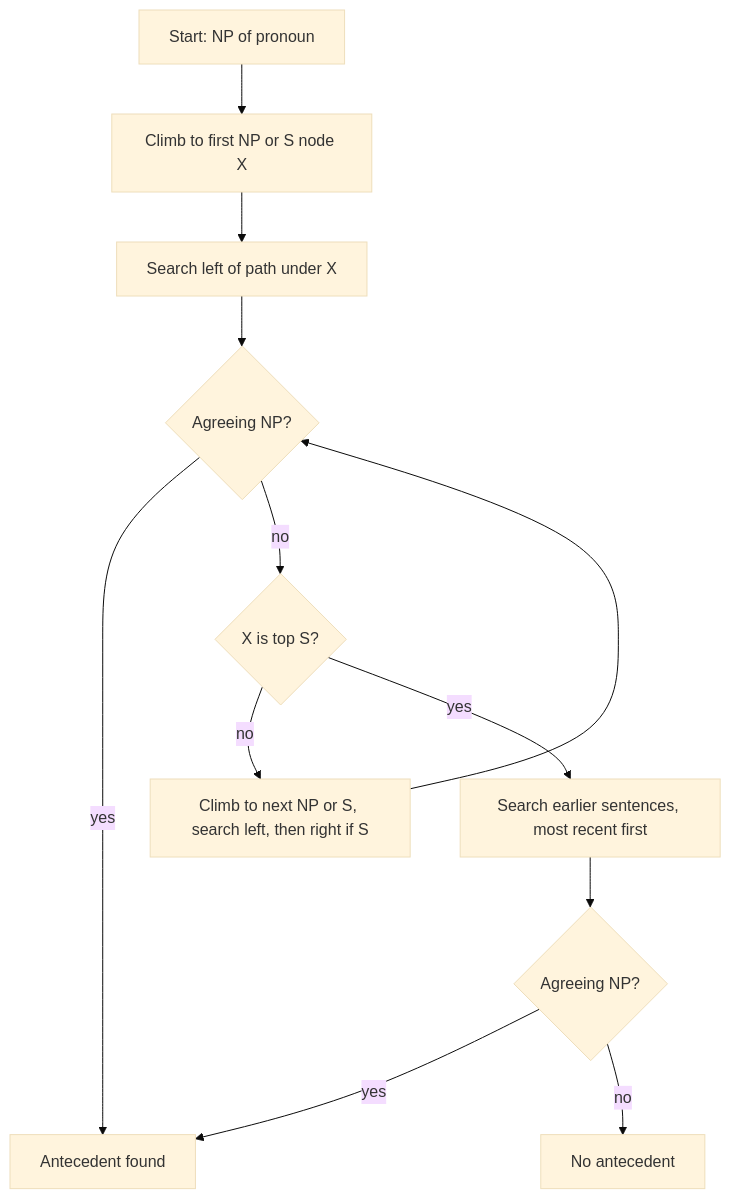
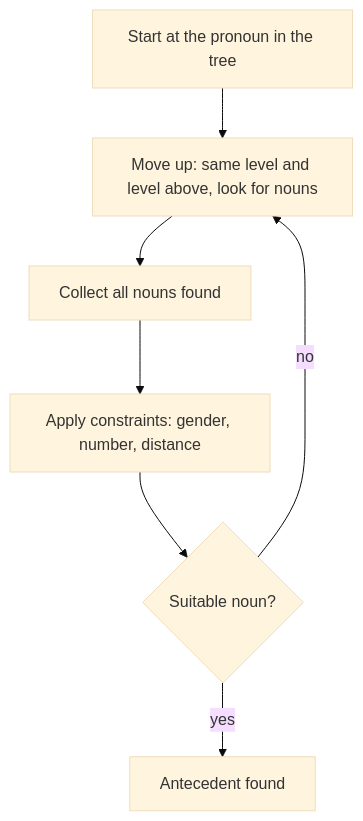
The diagram in content/natural-language-processing/pyq/2025-05/q2a.mdx (TrendySloth1001/sem-seven-notes), drawn with Mermaid (base theme) before and after one commit. The commit also changed other lines of this file and 406 other files, not shown here.

````diff
--- a/content/natural-language-processing/pyq/2025-05/q2a.mdx
+++ b/content/natural-language-processing/pyq/2025-05/q2a.mdx
@@ -27,15 +16,10 @@
 ```mermaid
-%% caption: Hobbs' search goes up from the pronoun, searches its own sentence, then earlier sentences, and stops at the first agreeing NP.
+%% caption: The four Hobbs steps. If no noun survives the constraints, the search is repeated.
 flowchart TD
-  A["Start: NP of pronoun"] --> B["Climb to first NP or S node X"]
-  B --> C["Search left of path under X"]
-  C --> D{"Agreeing NP?"}
-  D -->|"yes"| Z["Antecedent found"]
-  D -->|"no"| E{"X is top S?"}
-  E -->|"no"| F["Climb to next NP or S, search left, then right if S"]
-  F --> D
-  E -->|"yes"| G["Search earlier sentences, most recent first"]
-  G --> H{"Agreeing NP?"}
-  H -->|"yes"| Z
-  H -->|"no"| Y["No antecedent"]
+  A["Start at the pronoun in the tree"] --> B["Move up: same level and level above, look for nouns"]
+  B --> C["Collect all nouns found"]
+  C --> D["Apply constraints: gender, number, distance"]
+  D --> E{"Suitable noun?"}
+  E -->|"yes"| F["Antecedent found"]
+  E -->|"no"| B
 ```
````
